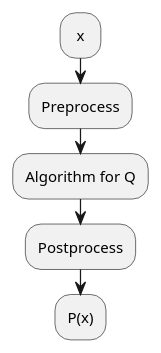
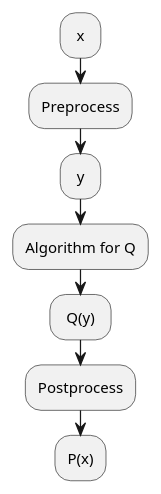
One commit to ashwinreddy/wiki changed the diagram in Computer-Science/Computational-Complexity-Theory/Reduction.md. Above: the diagram before and after it, drawn with PlantUML.

Commit message:
Updated Reduction.md (markdown)

```diff
--- a/Computer-Science/Computational-Complexity-Theory/Reduction.md
+++ b/Computer-Science/Computational-Complexity-Theory/Reduction.md
@@ -3,7 +3,9 @@
 @startuml
 : x ;
 :Preprocess;
+: y ;
 :Algorithm for Q;
+: Q(y) ;
 :Postprocess;
 :P(x);
 @enduml
```
